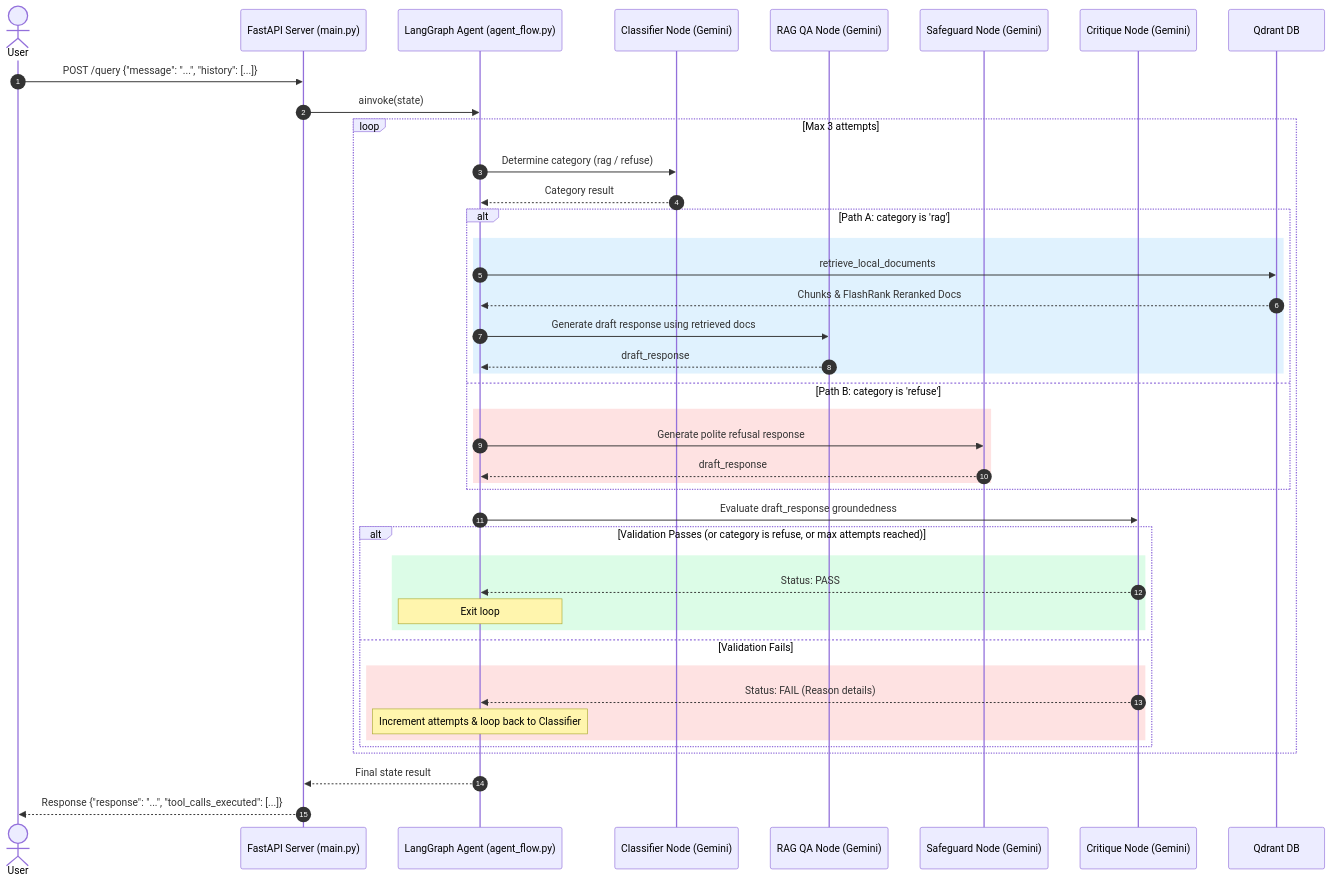
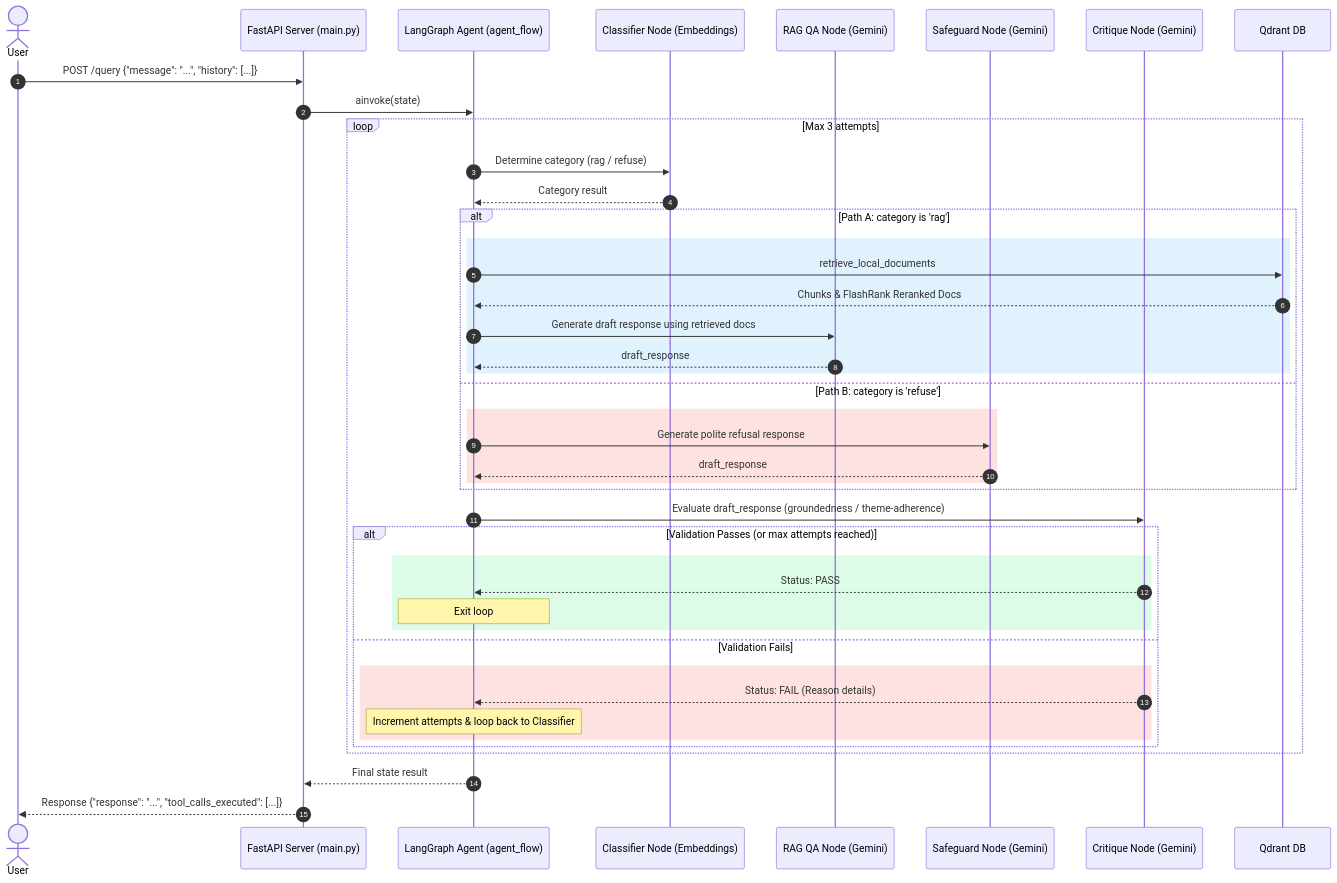
One commit to boycececil666gmailcom/rag-chatbot changed the fourth of 4 diagrams in README.md. Above: the diagram before and after it, drawn with Mermaid. The commit also changed other lines of this file and 15 other files, not shown here.

Commit message:
refactor: package agent_flow, apply cosine similarity classification, and add refuse critique

````diff
--- a/README.md
+++ b/README.md
@@ -146,51 +160,51 @@
 ```mermaid
 sequenceDiagram
     autonumber
     actor User
     participant App as FastAPI Server (main.py)
-    participant Graph as LangGraph Agent (agent_flow.py)
-    participant Classifier as Classifier Node (Gemini)
+    participant Graph as LangGraph Agent (agent_flow)
+    participant Classifier as Classifier Node (Embeddings)
     participant QA as RAG QA Node (Gemini)
     participant Safeguard as Safeguard Node (Gemini)
     participant Critique as Critique Node (Gemini)
     participant VectorStore as Qdrant DB
 
     User->>App: POST /query {"message": "...", "history": [...]}
     App->>Graph: ainvoke(state)
     
     loop Max 3 attempts
         Graph->>Classifier: Determine category (rag / refuse)
         Classifier-->>Graph: Category result
         
         alt Path A: category is 'rag'
             rect rgb(224, 242, 254)
                 Graph->>VectorStore: retrieve_local_documents
                 VectorStore-->>Graph: Chunks & FlashRank Reranked Docs
                 Graph->>QA: Generate draft response using retrieved docs
                 QA-->>Graph: draft_response
             end
         else Path B: category is 'refuse'
             rect rgb(254, 226, 226)
                 Graph->>Safeguard: Generate polite refusal response
                 Safeguard-->>Graph: draft_response
             end
         end
         
-        Graph->>Critique: Evaluate draft_response groundedness
+        Graph->>Critique: Evaluate draft_response (groundedness / theme-adherence)
         
-        alt Validation Passes (or category is refuse, or max attempts reached)
+        alt Validation Passes (or max attempts reached)
             rect rgb(220, 252, 231)
                 Critique-->>Graph: Status: PASS
                 Note over Graph: Exit loop
             end
         else Validation Fails
             rect rgb(254, 226, 226)
                 Critique-->>Graph: Status: FAIL (Reason details)
                 Note over Graph: Increment attempts & loop back to Classifier
             end
         end
     end
     
     Graph-->>App: Final state result
     App-->>User: Response {"response": "...", "tool_calls_executed": [...]}
 ```
````
